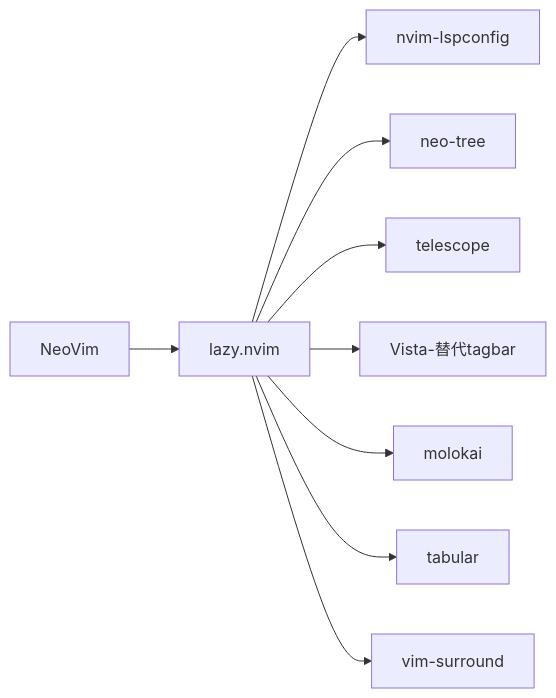
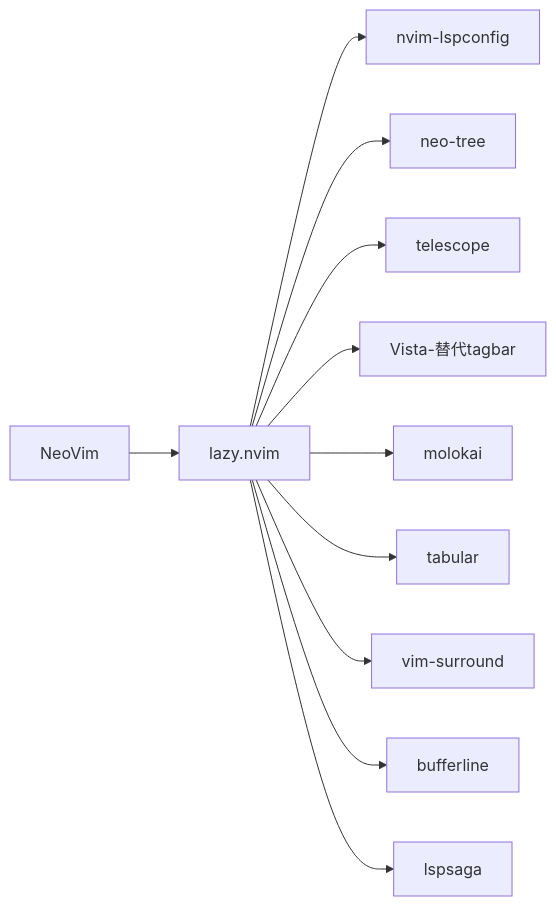
The first of 2 diagrams in vim/index.md (cfanzp008/cfanzp008.github.io), drawn with Mermaid before and after one commit. The commit also changed other lines of this file and 5 other files, not shown here.

```diff
--- a/vim/index.md
+++ b/vim/index.md
@@ -43,11 +43,13 @@
 {{< mermaid >}}
 graph LR
   NeoVim-->lazy.nvim
   lazy.nvim-->nvim-lspconfig
   lazy.nvim-->neo-tree
   lazy.nvim-->telescope
   lazy.nvim-->Vista-替代tagbar
   lazy.nvim-->molokai
   lazy.nvim-->tabular
   lazy.nvim-->vim-surround
+  lazy.nvim-->bufferline
+  lazy.nvim-->lspsaga
 {{</ mermaid >}}
```
